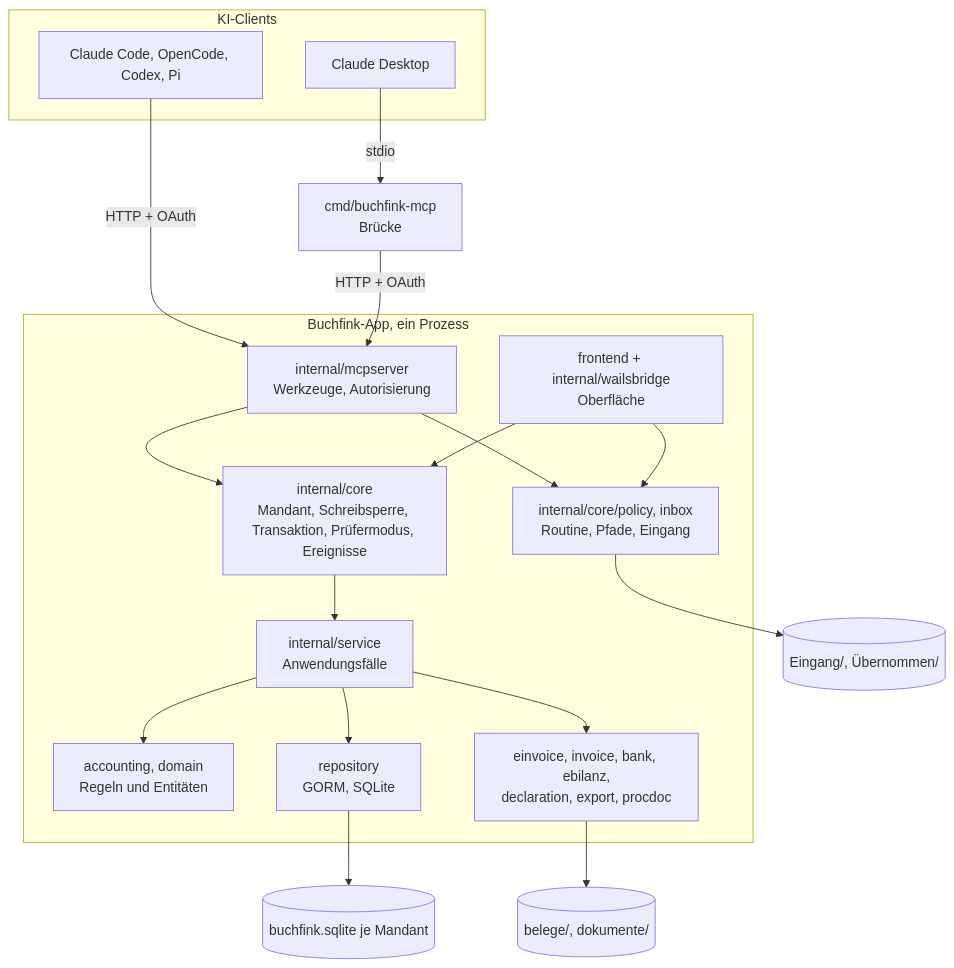
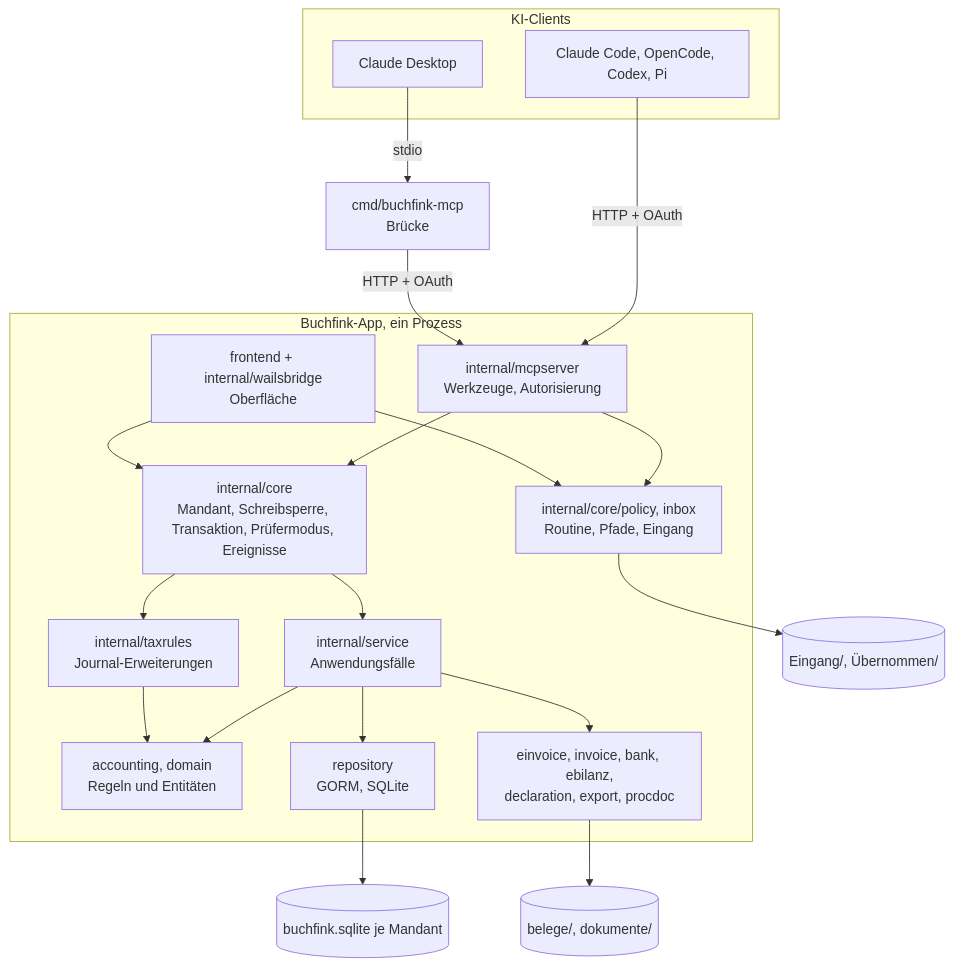
The first of 2 diagrams in docs/entwicklung/architektur.md (mxzinke/buchfink), drawn with Mermaid before and after one commit. The commit also changed other lines of this file and 2 other files, not shown here.

````diff
--- a/docs/entwicklung/architektur.md
+++ b/docs/entwicklung/architektur.md
@@ -26,26 +26,28 @@
 ```mermaid
 flowchart TB
     subgraph Clients["KI-Clients"]
         CC["Claude Code, OpenCode, Codex, Pi"]
         CD["Claude Desktop"]
     end
     CD -- stdio --> BR["cmd/buchfink-mcp<br/>Brücke"]
     CC -- "HTTP + OAuth" --> MCP
     BR -- "HTTP + OAuth" --> MCP
     subgraph App["Buchfink-App, ein Prozess"]
         MCP["internal/mcpserver<br/>Werkzeuge, Autorisierung"]
         UI["frontend + internal/wailsbridge<br/>Oberfläche"]
         MCP --> CORE
         UI --> CORE
         MCP --> POL["internal/core/policy, inbox<br/>Routine, Pfade, Eingang"]
         UI --> POL
         CORE["internal/core<br/>Mandant, Schreibsperre, Transaktion, Prüfermodus, Ereignisse"]
         CORE --> SVC["internal/service<br/>Anwendungsfälle"]
         SVC --> ACC["accounting, domain<br/>Regeln und Entitäten"]
+        CORE --> TAX["internal/taxrules<br/>Journal-Erweiterungen"]
+        TAX --> ACC
         SVC --> REP["repository<br/>GORM, SQLite"]
         SVC --> FMT["einvoice, invoice, bank, ebilanz,<br/>declaration, export, procdoc"]
     end
     REP --> DB[("buchfink.sqlite je Mandant")]
     FMT --> FS[("belege/, dokumente/")]
     POL --> IN[("Eingang/, Übernommen/")]
 ```
````
